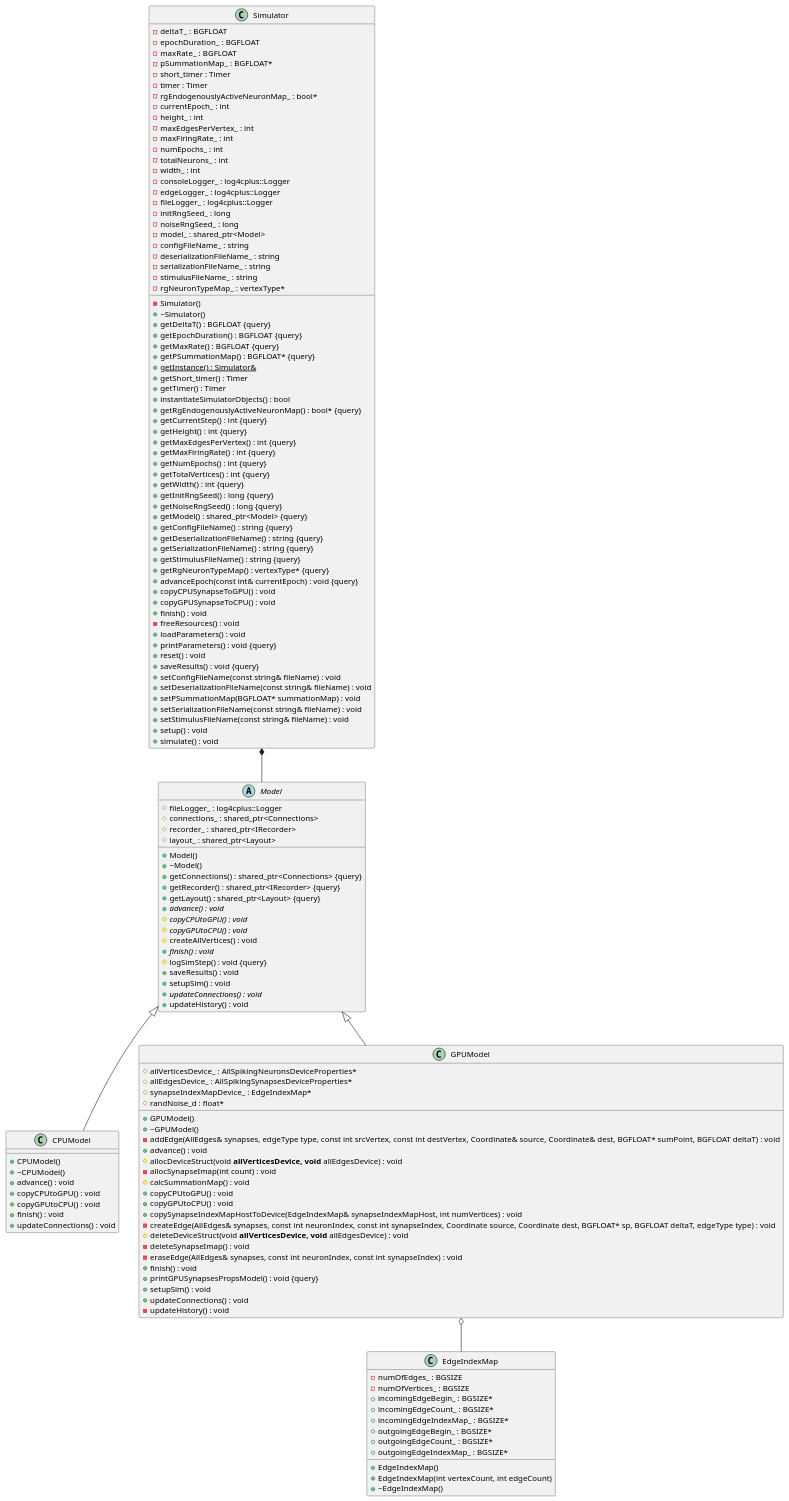
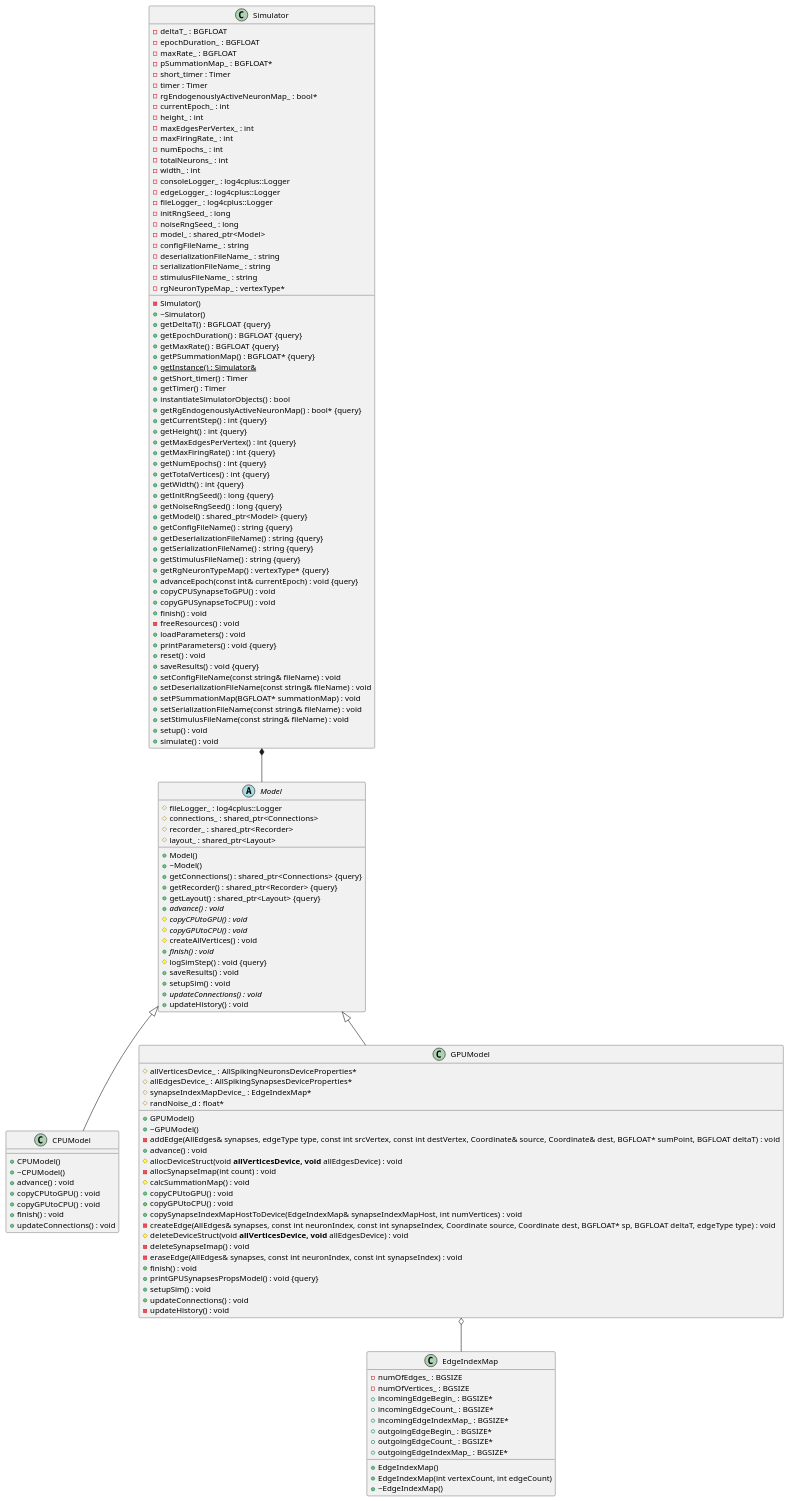
Before and after one commit to UWB-Biocomputing/Graphitti: the diagram in docs/Developer/ClassDiagrams/core.puml, drawn with PlantUML. The commit also changed 15 other files, not shown here.

Commit message:
IRecorder has been changed to Recorder

```diff
--- a/docs/Developer/ClassDiagrams/core.puml
+++ b/docs/Developer/ClassDiagrams/core.puml
@@ -1,181 +1,181 @@
 @startuml GraphittiCoreClassDiagram
 
 
 
 
 
 /' Objects '/
 
 class CPUModel {
 	+CPUModel()
 	+~CPUModel()
 	+advance() : void
 	+copyCPUtoGPU() : void
 	+copyGPUtoCPU() : void
 	+finish() : void
 	+updateConnections() : void
 }
 
 
 class GPUModel {
 	+GPUModel()
 	+~GPUModel()
 	#allVerticesDevice_ : AllSpikingNeuronsDeviceProperties*
 	#allEdgesDevice_ : AllSpikingSynapsesDeviceProperties*
 	#synapseIndexMapDevice_ : EdgeIndexMap*
 	#randNoise_d : float*
 	-addEdge(AllEdges& synapses, edgeType type, const int srcVertex, const int destVertex, Coordinate& source, Coordinate& dest, BGFLOAT* sumPoint, BGFLOAT deltaT) : void
 	+advance() : void
 	#allocDeviceStruct(void** allVerticesDevice, void** allEdgesDevice) : void
 	-allocSynapseImap(int count) : void
 	#calcSummationMap() : void
 	+copyCPUtoGPU() : void
 	+copyGPUtoCPU() : void
 	+copySynapseIndexMapHostToDevice(EdgeIndexMap& synapseIndexMapHost, int numVertices) : void
 	-createEdge(AllEdges& synapses, const int neuronIndex, const int synapseIndex, Coordinate source, Coordinate dest, BGFLOAT* sp, BGFLOAT deltaT, edgeType type) : void
 	#deleteDeviceStruct(void** allVerticesDevice, void** allEdgesDevice) : void
 	-deleteSynapseImap() : void
 	-eraseEdge(AllEdges& synapses, const int neuronIndex, const int synapseIndex) : void
 	+finish() : void
 	+printGPUSynapsesPropsModel() : void {query}
 	+setupSim() : void
 	+updateConnections() : void
 	-updateHistory() : void
 }
 
 
 abstract class Model {
 	+Model()
 	+~Model()
 	#fileLogger_ : log4cplus::Logger
 	#connections_ : shared_ptr<Connections>
 	+getConnections() : shared_ptr<Connections> {query}
-	+getRecorder() : shared_ptr<IRecorder> {query}
-	#recorder_ : shared_ptr<IRecorder>
+	+getRecorder() : shared_ptr<Recorder> {query}
+	#recorder_ : shared_ptr<Recorder>
 	+getLayout() : shared_ptr<Layout> {query}
 	#layout_ : shared_ptr<Layout>
 	+{abstract} advance() : void
 	#{abstract} copyCPUtoGPU() : void
 	#{abstract} copyGPUtoCPU() : void
 	#createAllVertices() : void
 	+{abstract} finish() : void
 	#logSimStep() : void {query}
 	+saveResults() : void
 	+setupSim() : void
 	+{abstract} updateConnections() : void
 	+updateHistory() : void
 }
 
 
 class Simulator {
 	-Simulator()
 	+~Simulator()
 	-deltaT_ : BGFLOAT
 	-epochDuration_ : BGFLOAT
 	+getDeltaT() : BGFLOAT {query}
 	+getEpochDuration() : BGFLOAT {query}
 	+getMaxRate() : BGFLOAT {query}
 	-maxRate_ : BGFLOAT
 	+getPSummationMap() : BGFLOAT* {query}
 	-pSummationMap_ : BGFLOAT*
 	+{static} getInstance() : Simulator&
 	+getShort_timer() : Timer
 	+getTimer() : Timer
 	-short_timer : Timer
 	-timer : Timer
 	+instantiateSimulatorObjects() : bool
 	+getRgEndogenouslyActiveNeuronMap() : bool* {query}
 	-rgEndogenouslyActiveNeuronMap_ : bool*
 	-currentEpoch_ : int
 	+getCurrentStep() : int {query}
 	+getHeight() : int {query}
 	+getMaxEdgesPerVertex() : int {query}
 	+getMaxFiringRate() : int {query}
 	+getNumEpochs() : int {query}
 	+getTotalVertices() : int {query}
 	+getWidth() : int {query}
 	-height_ : int
 	-maxEdgesPerVertex_ : int
 	-maxFiringRate_ : int
 	-numEpochs_ : int
 	-totalNeurons_ : int
 	-width_ : int
 	-consoleLogger_ : log4cplus::Logger
 	-edgeLogger_ : log4cplus::Logger
 	-fileLogger_ : log4cplus::Logger
 	+getInitRngSeed() : long {query}
 	+getNoiseRngSeed() : long {query}
 	-initRngSeed_ : long
 	-noiseRngSeed_ : long
 	+getModel() : shared_ptr<Model> {query}
 	-model_ : shared_ptr<Model>
 	-configFileName_ : string
 	-deserializationFileName_ : string
 	+getConfigFileName() : string {query}
 	+getDeserializationFileName() : string {query}
 	+getSerializationFileName() : string {query}
 	+getStimulusFileName() : string {query}
 	-serializationFileName_ : string
 	-stimulusFileName_ : string
 	+getRgNeuronTypeMap() : vertexType* {query}
 	-rgNeuronTypeMap_ : vertexType*
 	+advanceEpoch(const int& currentEpoch) : void {query}
 	+copyCPUSynapseToGPU() : void
 	+copyGPUSynapseToCPU() : void
 	+finish() : void
 	-freeResources() : void
 	+loadParameters() : void
 	+printParameters() : void {query}
 	+reset() : void
 	+saveResults() : void {query}
 	+setConfigFileName(const string& fileName) : void
 	+setDeserializationFileName(const string& fileName) : void
 	+setPSummationMap(BGFLOAT* summationMap) : void
 	+setSerializationFileName(const string& fileName) : void
 	+setStimulusFileName(const string& fileName) : void
 	+setup() : void
 	+simulate() : void
 }
 
 
 class EdgeIndexMap {
 	+EdgeIndexMap()
 	+EdgeIndexMap(int vertexCount, int edgeCount)
 	+~EdgeIndexMap()
 	-numOfEdges_ : BGSIZE
 	-numOfVertices_ : BGSIZE
 	+incomingEdgeBegin_ : BGSIZE*
 	+incomingEdgeCount_ : BGSIZE*
 	+incomingEdgeIndexMap_ : BGSIZE*
 	+outgoingEdgeBegin_ : BGSIZE*
 	+outgoingEdgeCount_ : BGSIZE*
 	+outgoingEdgeIndexMap_ : BGSIZE*
 }
 
 
 
 
 
 /' Inheritance relationships '/
 
 .Model <|-- .CPUModel
 
 
 .Model <|-- .GPUModel
 
 
 
 
 
 /' Aggregation relationships '/
 
 .GPUModel o-- .EdgeIndexMap
 
 .Simulator *-- .Model
 
 
 
 
 
 
 @enduml
```
